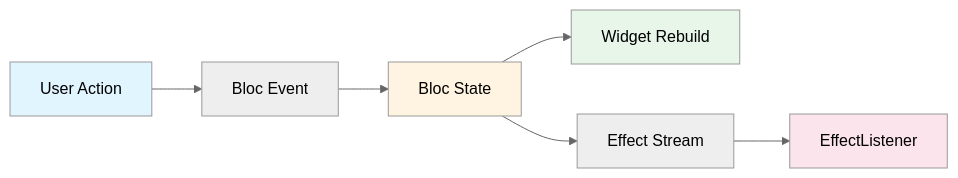
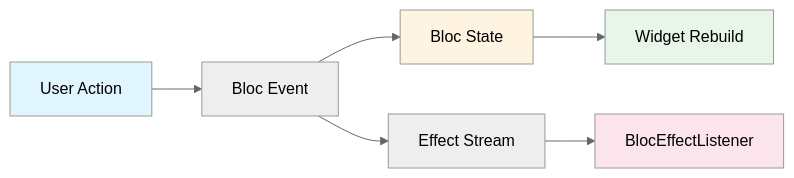
The first of 3 diagrams in docs/bloc_plus_PRD.md (ephmoc/bloc_plus), drawn with Mermaid (neutral theme) before and after one commit. The commit also changed other lines of this file and 55 other files, not shown here.

````diff
--- a/docs/bloc_plus_PRD.md
+++ b/docs/bloc_plus_PRD.md
@@ -163,13 +185,13 @@
 ```mermaid
 graph LR
     A[User Action] --> B[Bloc Event]
     B --> C[Bloc State]
     C --> D[Widget Rebuild]
-    C --> E[Effect Stream]
-    E --> F[EffectListener]
+    B --> E[Effect Stream]
+    E --> F[BlocEffectListener]
     
     style A fill:#e1f5ff
     style C fill:#fff4e1
     style D fill:#e8f5e9
     style F fill:#fce4ec
 ```
````
